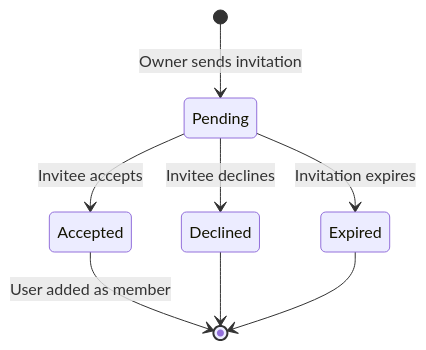
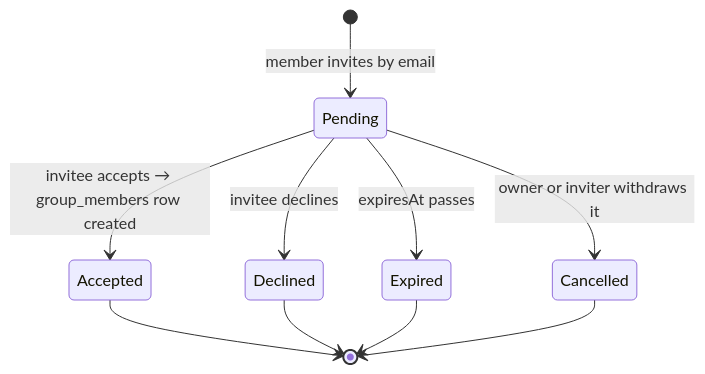
Diagram 12 of 14 in docs/UML-Diagrams.md (BRUH-MAIN/OpenResearch), drawn with Mermaid before and after one commit. The commit also changed other lines of this file and 1 other file, not shown here.

First line of the commit message:
docs: regenerate SRS and UML against the implemented system

````diff
--- a/docs/UML-Diagrams.md
+++ b/docs/UML-Diagrams.md
@@ -481,12 +557,12 @@
 ```mermaid
 stateDiagram-v2
-    [*] --> Pending : Owner sends invitation
-
-    Pending --> Accepted : Invitee accepts
-    Pending --> Declined : Invitee declines
-    Pending --> Expired : Invitation expires
-
-    Accepted --> [*] : User added as member
+    [*] --> Pending : member invites by email
+    Pending --> Accepted : invitee accepts → group_members row created
+    Pending --> Declined : invitee declines
+    Pending --> Expired : expiresAt passes
+    Pending --> Cancelled : owner or inviter withdraws it
+    Accepted --> [*]
     Declined --> [*]
     Expired --> [*]
+    Cancelled --> [*]
 ```
````
